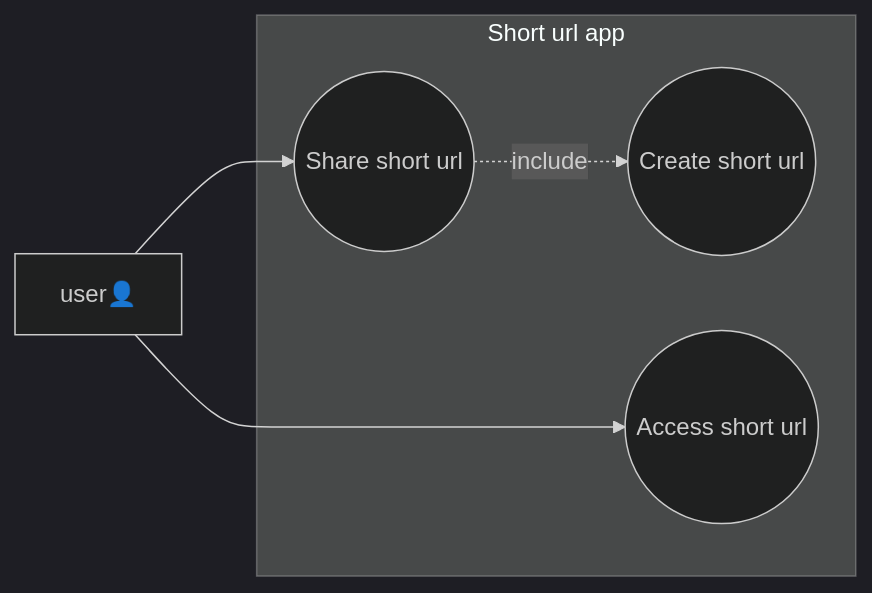
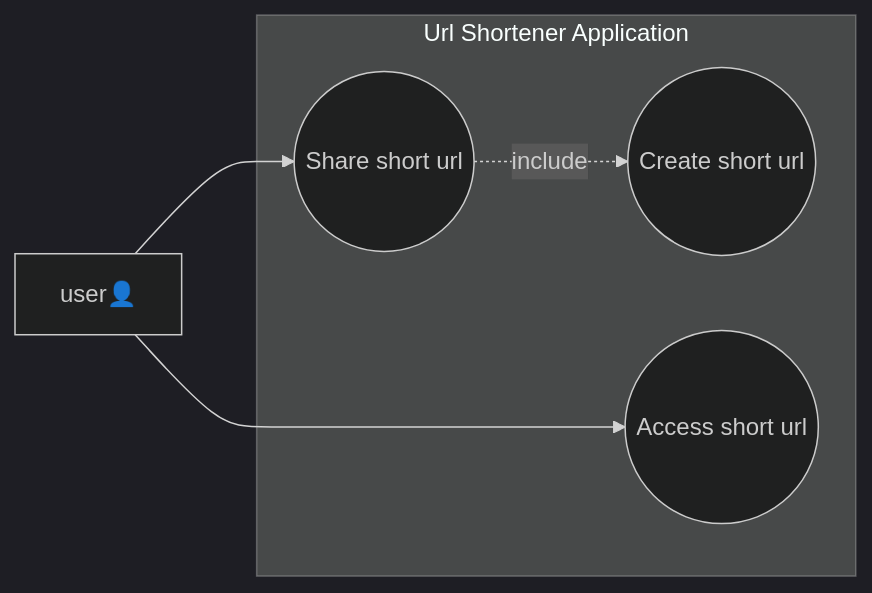
Before and after one commit to vzsoares/shortener: the diagram in doc/use-case.md, drawn with Mermaid (dark theme). The commit also changed 4 other files, not shown here.

````diff
--- a/doc/use-case.md
+++ b/doc/use-case.md
@@ -2,14 +2,14 @@
 ```mermaid
 flowchart LR
-    subgraph Short url app
+    subgraph Url Shortener Application
     uc1((Share short url))
     uc2((Create short url))
     uc3((Access short url))
     end
 
     user[user👤]
 
     user-->uc1
     user--->uc3
     uc1 -. include .-> uc2
 ```
````
